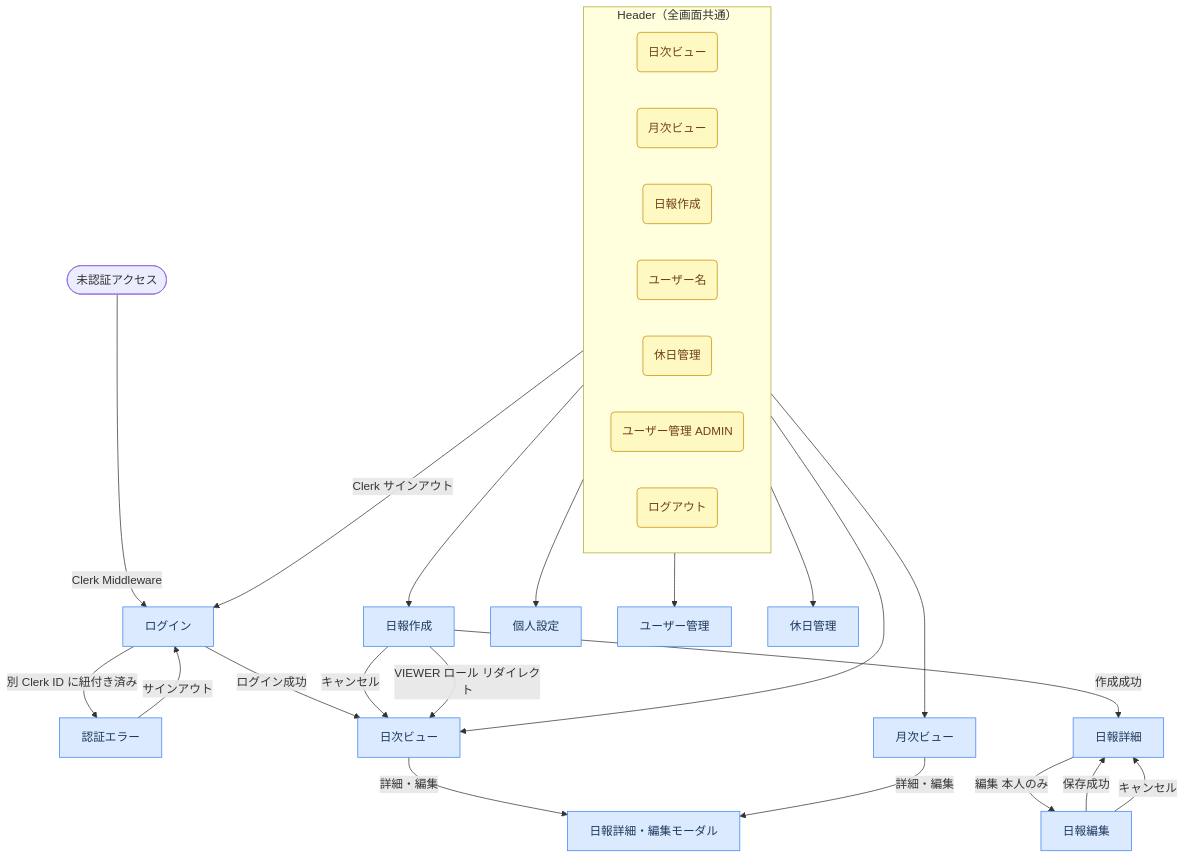
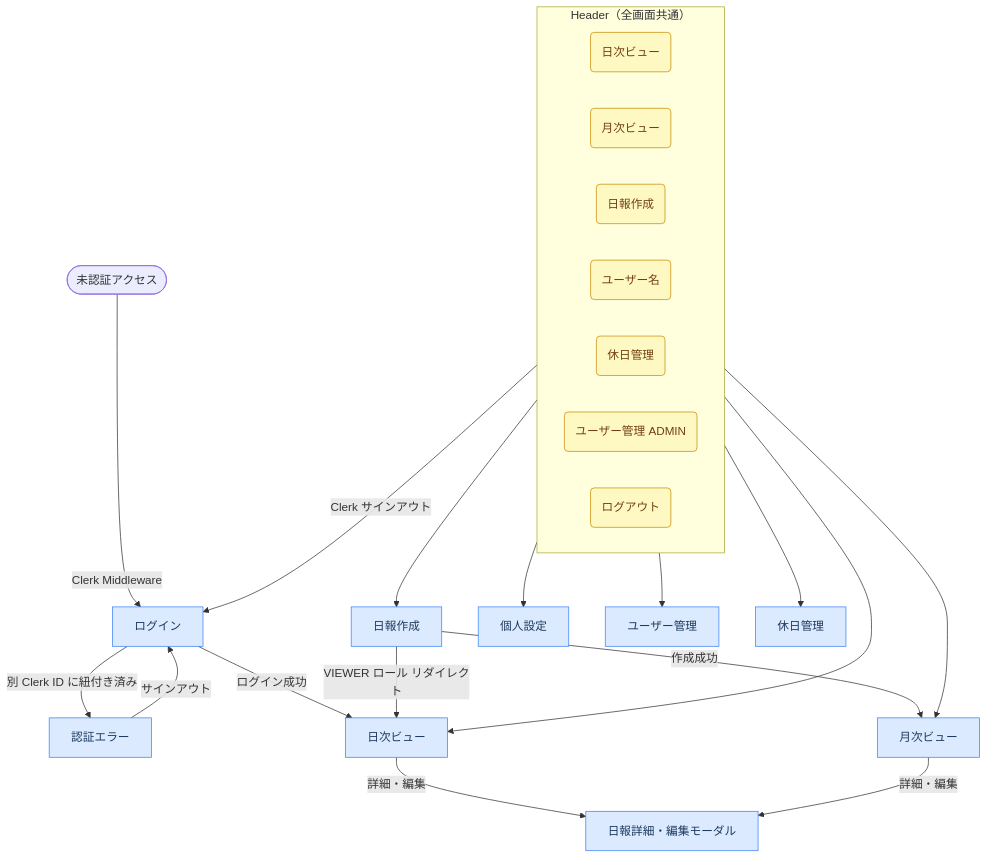
The diagram in docs/ui.md (ot-nemoto/daily-hub), drawn with Mermaid before and after one commit. The commit also changed other lines of this file and 8 other files, not shown here.

````diff
--- a/docs/ui.md
+++ b/docs/ui.md
@@ -22,53 +20,46 @@
 ```mermaid
 flowchart TD
     classDef screen fill:#dbeafe,stroke:#3b82f6,color:#1e3a5f
     classDef nav fill:#fef9c3,stroke:#ca8a04,color:#713f12
 
     UNAUTH([未認証アクセス])
     LOGIN[ログイン]:::screen
     AUTH_ERROR[認証エラー]:::screen
     DAILY[日次ビュー]:::screen
     MONTHLY[月次ビュー]:::screen
     NEW[日報作成]:::screen
-    DETAIL[日報詳細]:::screen
-    EDIT[日報編集]:::screen
     MODAL[日報詳細・編集モーダル]:::screen
     SETTINGS[個人設定]:::screen
     ADMIN_USERS[ユーザー管理]:::screen
     DAY_OFF[休日管理]:::screen
     UNAUTH -->|Clerk Middleware| LOGIN
     LOGIN -->|ログイン成功| DAILY
     LOGIN -->|別 Clerk ID に紐付き済み| AUTH_ERROR
     AUTH_ERROR -->|サインアウト| LOGIN
 
     DAILY -->|詳細・編集| MODAL
     MONTHLY -->|詳細・編集| MODAL
 
-    NEW -->|作成成功| DETAIL
-    NEW -->|キャンセル| DAILY
+    NEW -->|作成成功| MONTHLY
     NEW -->|VIEWER ロール リダイレクト| DAILY
-
-    DETAIL -->|編集 本人のみ| EDIT
-    EDIT -->|保存成功| DETAIL
-    EDIT -->|キャンセル| DETAIL
 
 
     subgraph Header ["Header（全画面共通）"]
         direction LR
         H_DAILY(日次ビュー):::nav
         H_MONTHLY(月次ビュー):::nav
         H_NEW(日報作成):::nav
         H_SETTINGS(ユーザー名):::nav
         H_DAY_OFF(休日管理):::nav
         H_ADMIN_USERS(ユーザー管理 ADMIN):::nav
         H_LOGOUT(ログアウト):::nav
     end
 
     H_DAILY --> DAILY
     H_MONTHLY --> MONTHLY
     H_NEW --> NEW
     H_DAY_OFF --> DAY_OFF
     H_SETTINGS --> SETTINGS
     H_ADMIN_USERS --> ADMIN_USERS
     H_LOGOUT -->|Clerk サインアウト| LOGIN
 ```
````
